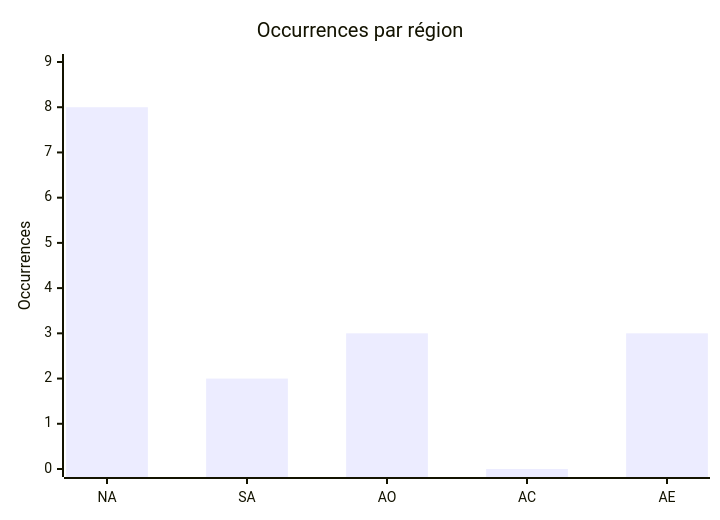
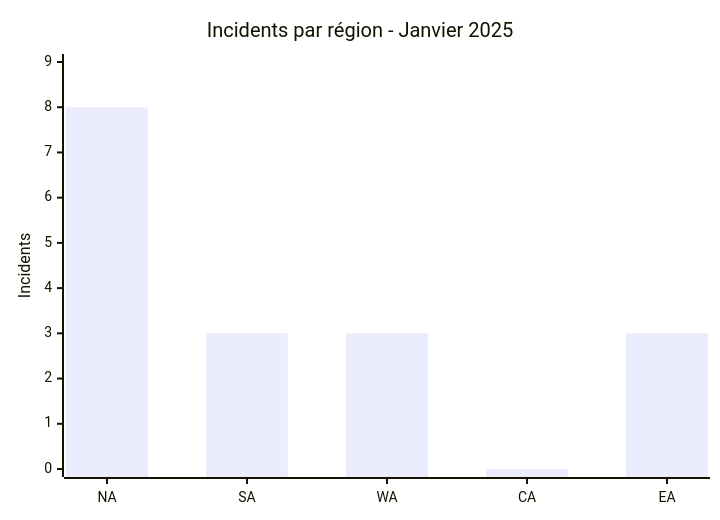
Before and after one commit to Hatchepsoute/AFRINTEL: the fourth of 7 diagrams in CyberAttackAfrica/2025/01-january/README_FR.md, drawn with Mermaid. The commit also changed other lines of this file and 45 other files, not shown here.

````diff
--- a/CyberAttackAfrica/2025/01-january/README_FR.md
+++ b/CyberAttackAfrica/2025/01-january/README_FR.md
@@ -143,7 +123,7 @@
 ```mermaid
-xychart
-    title "Occurrences par région"
-    x-axis ["NA","SA","AO","AC","AE"]
-    y-axis "Occurrences" 0 --> 9
-    bar [8,2,3,0,3]
+xychart-beta
+    title "Incidents par région - Janvier 2025"
+    x-axis ["NA", "SA", "WA", "CA", "EA"]
+    y-axis "Incidents" 0 --> 9
+    bar [8, 3, 3, 0, 3]
 ```
````
